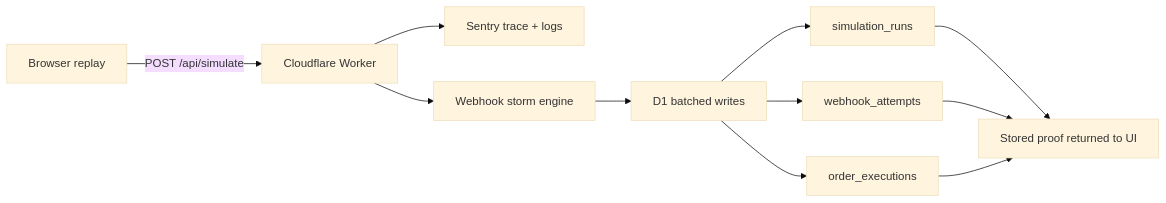
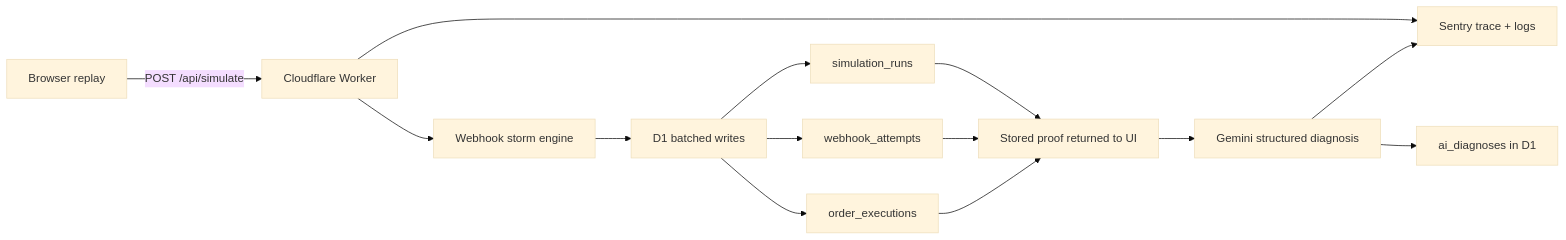
The diagram in README.md (OtienoKeith/revenueguard), drawn with Mermaid (base theme) before and after one commit. The commit also changed other lines of this file and 12 other files, not shown here.

Commit message:
feat: add live Gemini run diagnosis

````diff
--- a/README.md
+++ b/README.md
@@ -34,11 +37,14 @@
 ```mermaid
 flowchart LR
   A["Browser replay"] -->|POST /api/simulate| B["Cloudflare Worker"]
   B --> C["Sentry trace + logs"]
   B --> D["Webhook storm engine"]
   D --> E["D1 batched writes"]
   E --> F["simulation_runs"]
   E --> G["webhook_attempts"]
   E --> H["order_executions"]
   F & G & H --> I["Stored proof returned to UI"]
+  I --> J["Gemini structured diagnosis"]
+  J --> K["ai_diagnoses in D1"]
+  J --> C
 ```
````
